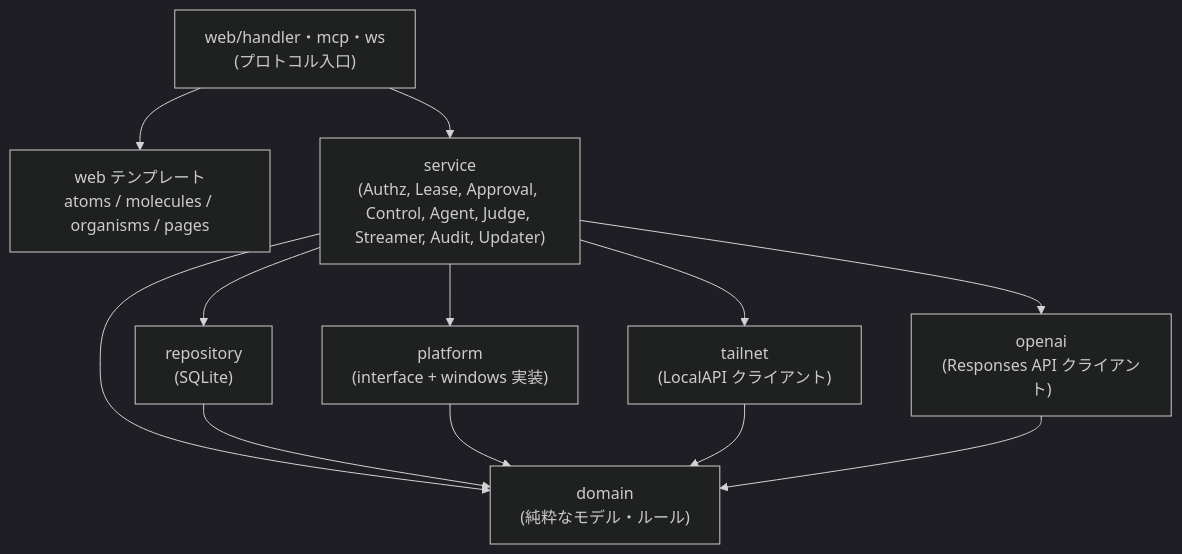
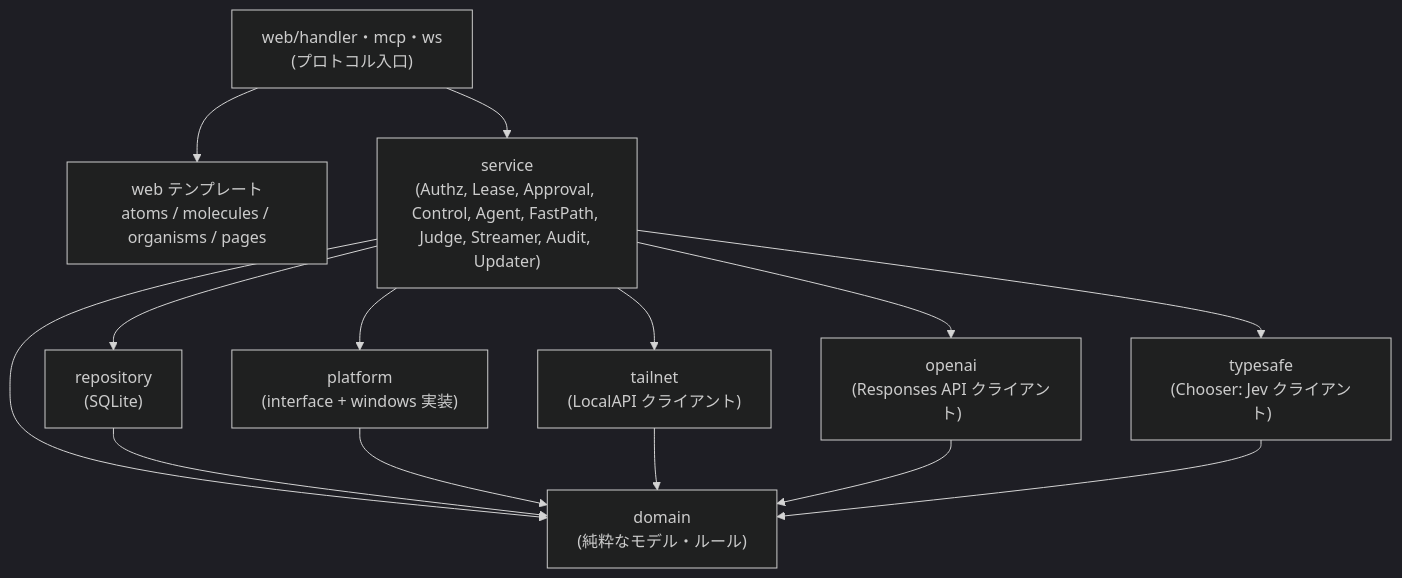
The second of 9 diagrams in docs/architecture/overview.md (ousiassllc/puppet-remo), drawn with Mermaid (dark theme) before and after one commit. The commit also changed other lines of this file and 7 other files, not shown here.

````diff
--- a/docs/architecture/overview.md
+++ b/docs/architecture/overview.md
@@ -123,22 +132,25 @@
 ```mermaid
 graph TD
     H["web/handler・mcp・ws<br/>(プロトコル入口)"]
     T["web テンプレート<br/>atoms / molecules / organisms / pages"]
-    S["service<br/>(Authz, Lease, Approval, Control, Agent, Judge, Streamer, Audit, Updater)"]
+    S["service<br/>(Authz, Lease, Approval, Control, Agent, FastPath, Judge, Streamer, Audit, Updater)"]
     R["repository<br/>(SQLite)"]
     P["platform<br/>(interface + windows 実装)"]
     TN["tailnet<br/>(LocalAPI クライアント)"]
     OA["openai<br/>(Responses API クライアント)"]
+    TY["typesafe<br/>(Chooser: Jev クライアント)"]
     D["domain<br/>(純粋なモデル・ルール)"]
     H --> S
     H --> T
     S --> R
     S --> P
     S --> TN
     S --> D
     R --> D
     P --> D
     TN --> D
     S --> OA
     OA --> D
+    S --> TY
+    TY --> D
 ```
````
